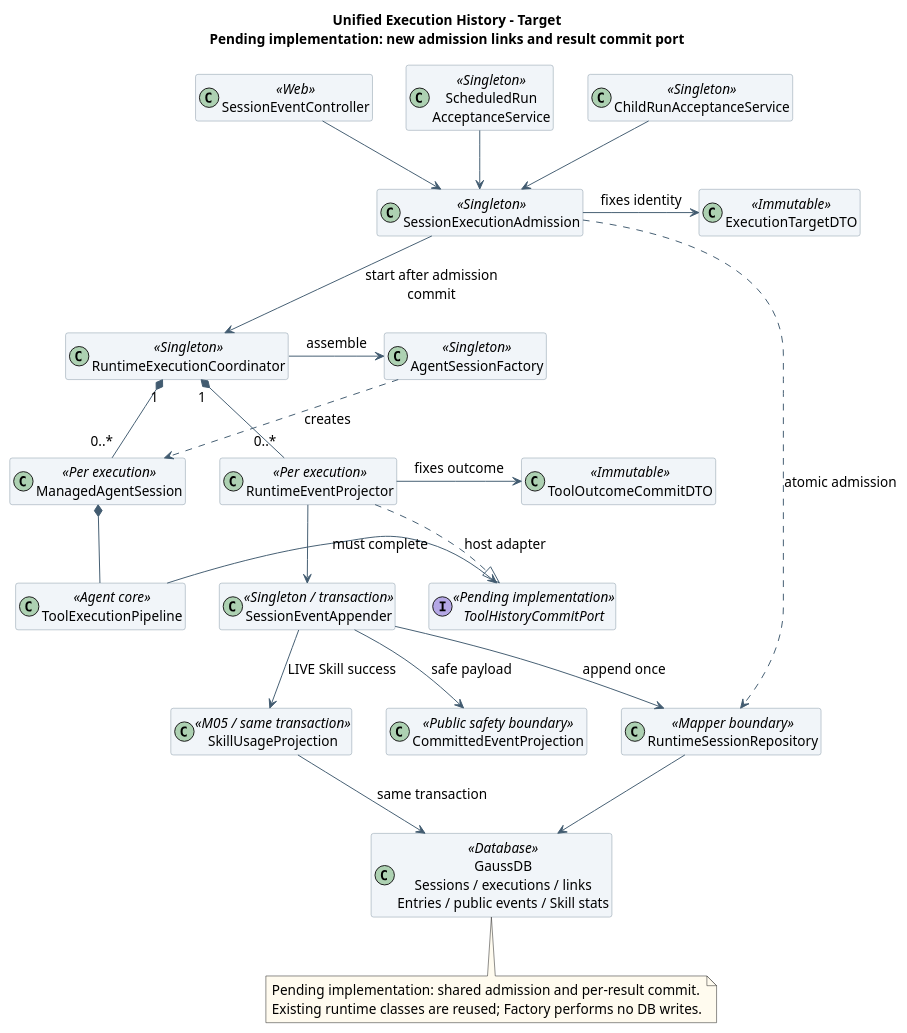
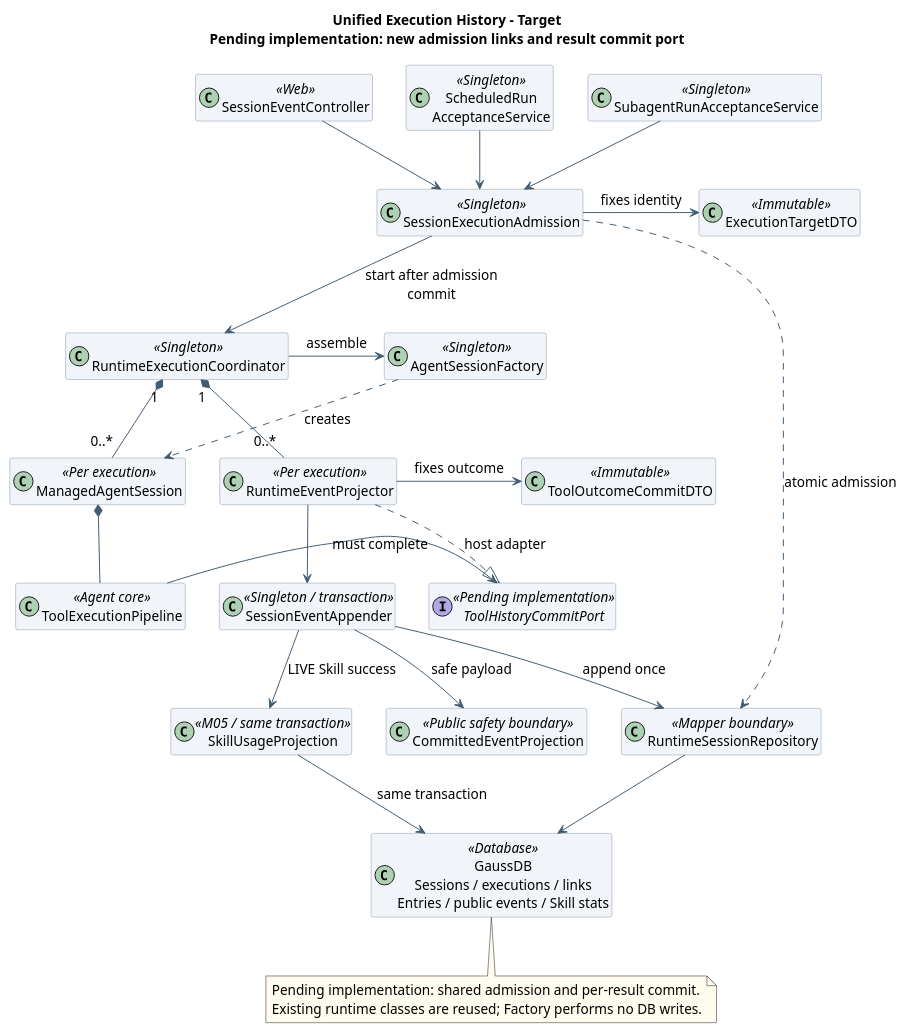
The first of 3 diagrams in 01-总体架构/01-CampusClaw多Agent运行时/设计图/统一事件持久化/diagram.puml (ssm0808/pi-mono-java-design), drawn with PlantUML before and after one commit. The commit also changed other lines of this file and 55 other files, not shown here.

```diff
--- a/01-总体架构/01-CampusClaw多Agent运行时/设计图/统一事件持久化/diagram.puml
+++ b/01-总体架构/01-CampusClaw多Agent运行时/设计图/统一事件持久化/diagram.puml
@@ -1,69 +1,69 @@
 @startuml unified_execution_history_classes
 ' Source evidence: Java main 769e86592285f4a25b0febaf551eddea6bc7212c
 ' modules/coding-agent-cli/src/main/java/com/campusclaw/codingagent/
 ' runtimeapi/event/RuntimeExecutionCoordinator.java:start
 ' runtimeapi/event/RuntimeEventProjector.java:project,persistToolResults
 ' session/AgentSessionFactory.java:create
 ' tool/agent/SubagentExecutionService.java:runChild
 ' modules/agent-core/src/main/java/com/campusclaw/agent/tool/ToolExecutionPipeline.java:execute
-' Observed behavior: Runtime persists; direct Child/Cron factory calls do not share its appender.
+' Observed behavior: Runtime persists; direct Subagent/Cron factory calls do not share its appender.
 ' Design reason: one durable host lifecycle and per-result commit; no statistics delivery pipeline.
 skinparam backgroundColor white
 skinparam defaultFontName SansSerif
 skinparam defaultFontSize 14
 skinparam shadowing false
 skinparam classAttributeIconSize 0
 skinparam ArrowColor #425B70
 skinparam classBackgroundColor #F1F5F9
 skinparam classBorderColor #8496A4
 skinparam sequenceParticipantBackgroundColor #F1F5F9
 skinparam sequenceParticipantBorderColor #8496A4
 skinparam sequenceMessageAlign left
 skinparam maxMessageSize 175
 skinparam noteBackgroundColor #FFFBEF
 hide empty members
 title Unified Execution History - Target\nPending implementation: new admission links and result commit port
 together {
   class "SessionEventController" as Web <<Web>>
   class "ScheduledRun\nAcceptanceService" as Cron <<Singleton>>
-  class "ChildRunAcceptanceService" as Child <<Singleton>>
+  class "SubagentRunAcceptanceService" as Subagent <<Singleton>>
 }
 class "SessionExecutionAdmission" as Admission <<Singleton>>
 class "RuntimeExecutionCoordinator" as Coordinator <<Singleton>>
 class "AgentSessionFactory" as Factory <<Singleton>>
 class "ExecutionTargetDTO" as Target <<Immutable>>
 class "ManagedAgentSession" as Session <<Per execution>>
 class "RuntimeEventProjector" as Projector <<Per execution>>
 class "ToolOutcomeCommitDTO" as Result <<Immutable>>
 class "ToolExecutionPipeline" as Pipeline <<Agent core>>
 interface "ToolHistoryCommitPort" as Port <<Pending implementation>>
 class "SessionEventAppender" as Appender <<Singleton / transaction>>
 class "RuntimeSessionRepository" as Repo <<Mapper boundary>>
 class "SkillUsageProjection" as Stats <<M05 / same transaction>>
 class "CommittedEventProjection" as Public <<Public safety boundary>>
 class "GaussDB\nSessions / executions / links\nEntries / public events / Skill stats" as DB <<Database>>
 Web --> Admission
 Cron --> Admission
-Child --> Admission
+Subagent --> Admission
 Admission --> Coordinator : start after admission commit
 Admission -right-> Target : fixes identity
 Admission ..> Repo : atomic admission
 Coordinator -right-> Factory : assemble
 Coordinator "1" *-- "0..*" Session
 Coordinator "1" *-- "0..*" Projector
 Factory ..> Session : creates
 Session *-- Pipeline
 Pipeline -right-> Port : must complete
 Projector ..|> Port : host adapter
 Projector -right-> Result : fixes outcome
 Projector --> Appender
 Appender --> Repo : append once
 Appender --> Stats : LIVE Skill success
 Appender --> Public : safe payload
 Repo --> DB
 Stats --> DB : same transaction
 note bottom of DB
   Pending implementation: shared admission and per-result commit.
   Existing runtime classes are reused; Factory performs no DB writes.
 end note
 @enduml
```
